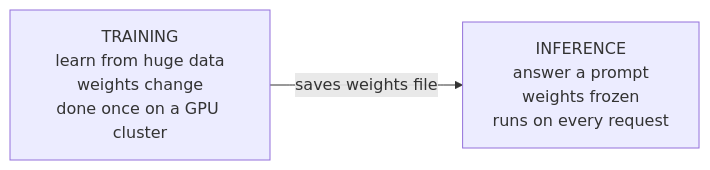
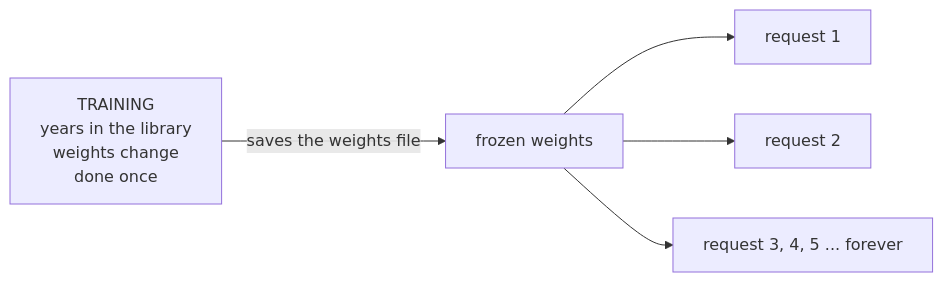
The sixth of 14 diagrams in book-notes/ch02-models.md (manojbaliyan16/edgeai-study-notes), drawn with Mermaid before and after one commit. The commit also changed other lines of this file and 1 other file, not shown here.

First line of the commit message:
ch02 section 2.2 and 2.2.1: rewrite with own exam-hall mental models, revision phrases, Mermaid only

````diff
--- a/book-notes/ch02-models.md
+++ b/book-notes/ch02-models.md
@@ -207,4 +221,7 @@
 ```mermaid
 flowchart LR
-  T["TRAINING<br/>learn from huge data<br/>weights change<br/>done once on a GPU cluster"] -->|"saves weights file"| I["INFERENCE<br/>answer a prompt<br/>weights frozen<br/>runs on every request"]
+  T["TRAINING<br/>years in the library<br/>weights change<br/>done once"] -->|"saves the weights file"| W["frozen weights"]
+  W --> R1["request 1"]
+  W --> R2["request 2"]
+  W --> R3["request 3, 4, 5 ... forever"]
 ```
````
